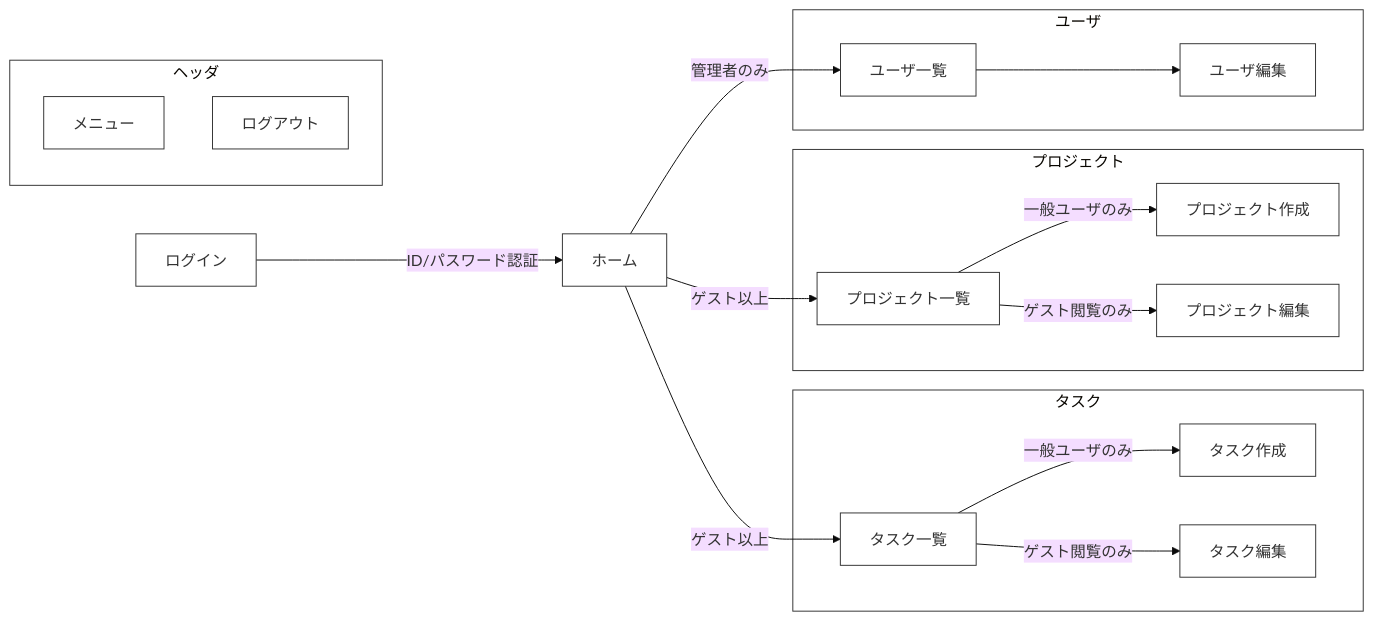
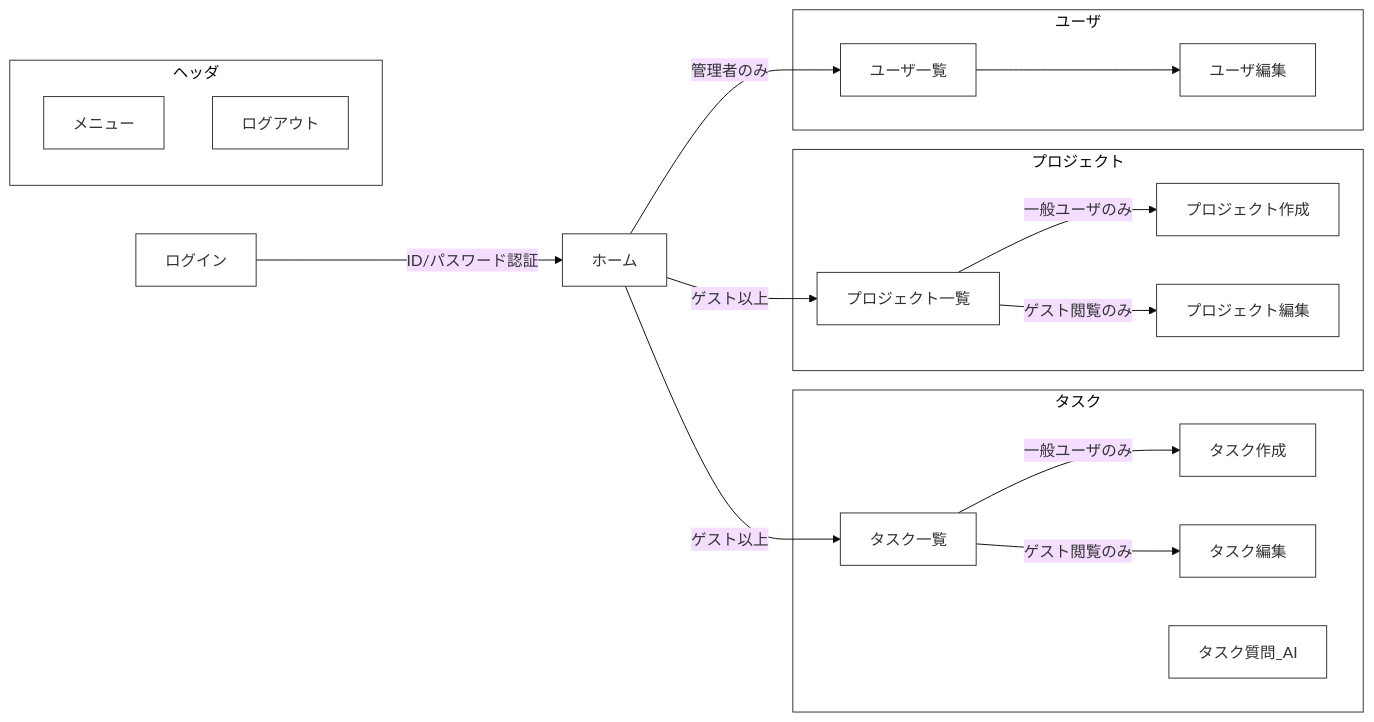
One commit to shuhei1101/sample-react-app changed the first of 4 diagrams in README.md. Above: the diagram before and after it, drawn with Mermaid (base theme). The commit also changed other lines of this file and 3 other files, not shown here.

````diff
--- a/README.md
+++ b/README.md
@@ -68,32 +78,33 @@
 ```mermaid
 graph LR
 
   classDef default fill: #fff,stroke: #333,stroke-width: 1px;
   style header fill: #fff,stroke: #333,stroke-width: 1px;
   style project fill: #fff,stroke: #333,stroke-width: 1px;
   style task fill: #fff,stroke: #333,stroke-width: 1px;
   style user fill: #fff,stroke: #333,stroke-width: 1px;
 
   ログイン--ID/パスワード認証-->ホーム
 
   ホーム--ゲスト以上-->プロジェクト一覧
   ホーム--ゲスト以上-->タスク一覧
   ホーム--管理者のみ-->ユーザ一覧
 
   subgraph task [タスク]
     タスク一覧--一般ユーザのみ-->タスク作成
     タスク一覧--ゲスト閲覧のみ-->タスク編集
+    タスク質問_AI
   end
   subgraph project [プロジェクト]
     プロジェクト一覧--一般ユーザのみ-->プロジェクト作成
     プロジェクト一覧--ゲスト閲覧のみ-->プロジェクト編集
   end
   subgraph user [ユーザ]
     ユーザ一覧-->ユーザ編集
   end
 
   subgraph header [ヘッダ]
     メニュー
     ログアウト
   end
 ```
````
